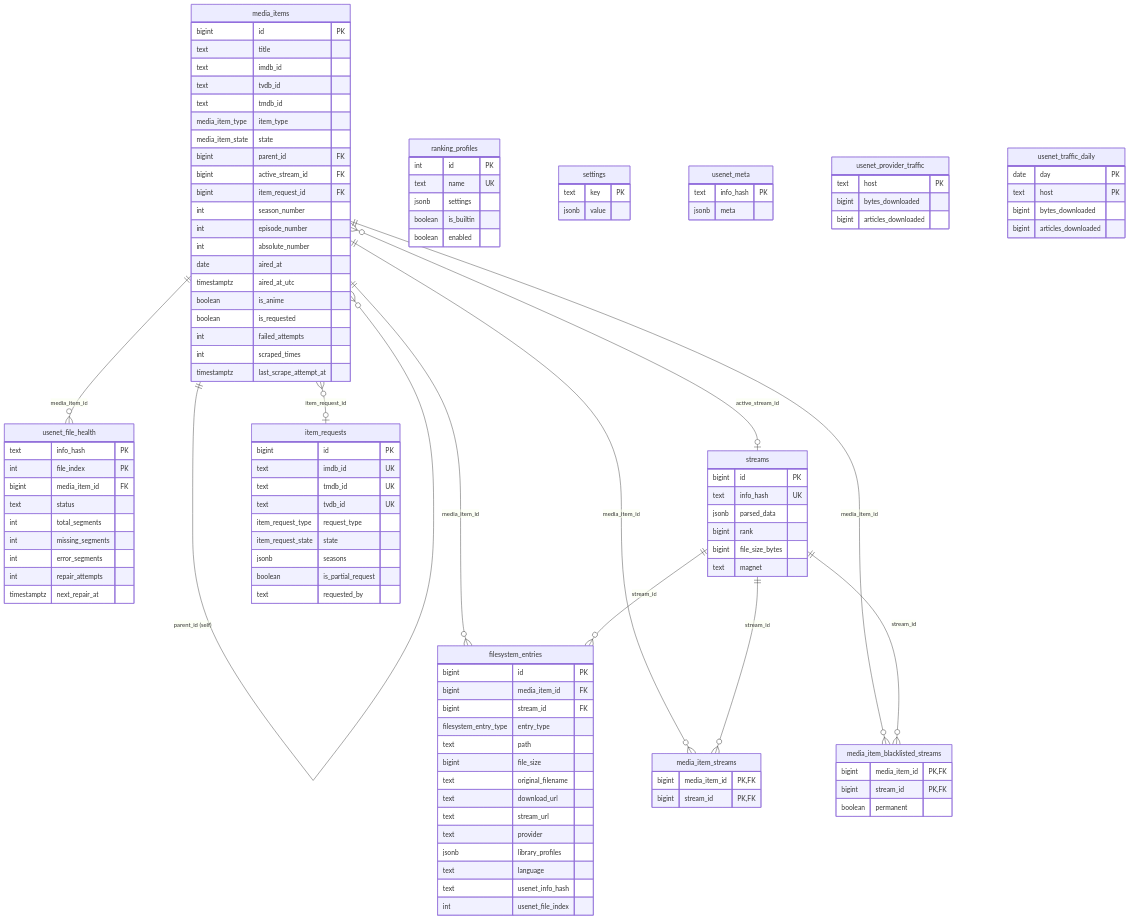
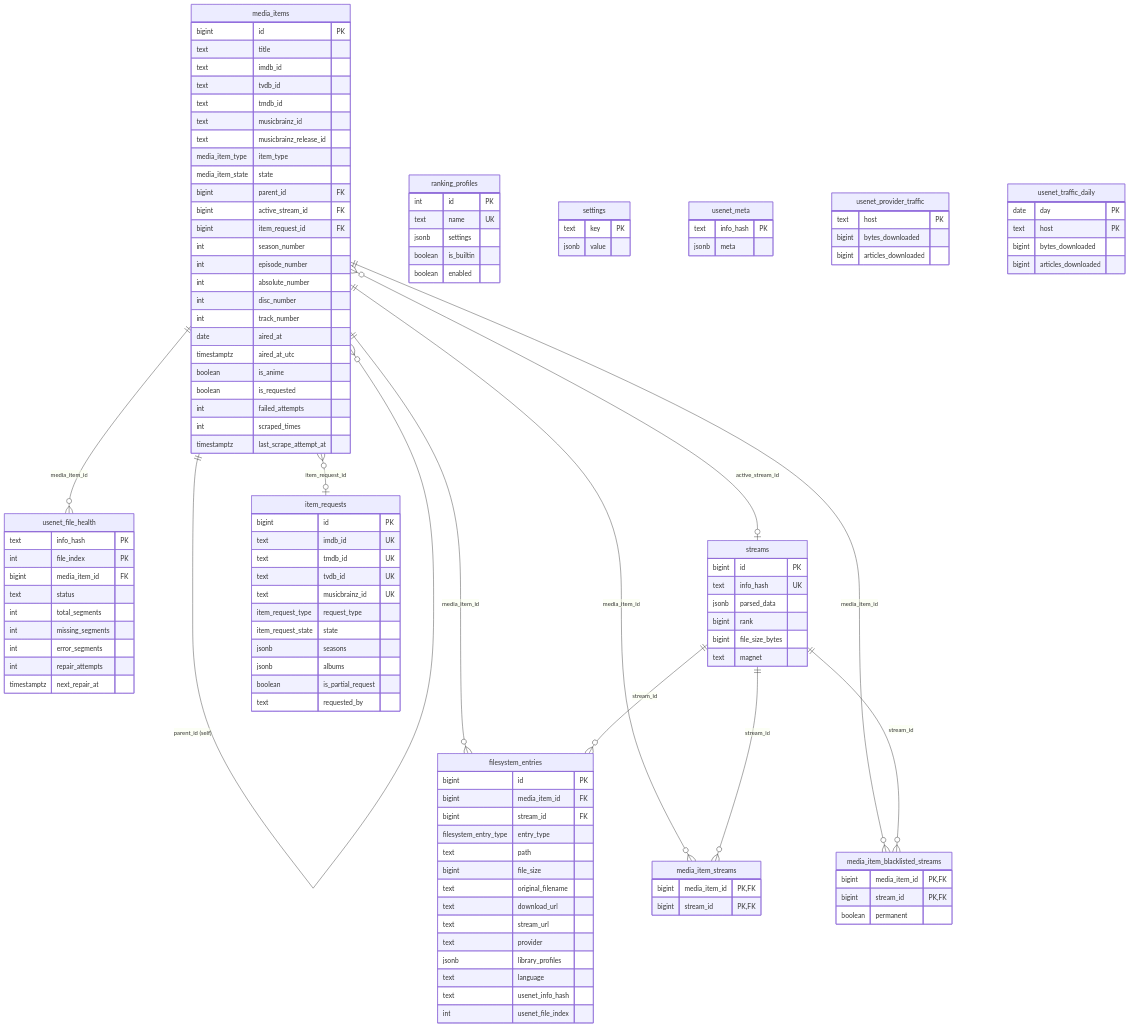
Before and after one commit to olivertgwalton/riven-rs: the diagram in docs/db-schema.md, drawn with Mermaid. The commit also changed other lines of this file and 43 other files, not shown here.

```diff
--- a/docs/db-schema.md
+++ b/docs/db-schema.md
@@ -22,6 +22,8 @@
         text imdb_id
         text tvdb_id
         text tmdb_id
+        text musicbrainz_id
+        text musicbrainz_release_id
         media_item_type item_type
         media_item_state state
         bigint parent_id FK
@@ -30,6 +32,8 @@
         int season_number
         int episode_number
         int absolute_number
+        int disc_number
+        int track_number
         date aired_at
         timestamptz aired_at_utc
         boolean is_anime
@@ -81,9 +85,11 @@
         text imdb_id UK
         text tmdb_id UK
         text tvdb_id UK
+        text musicbrainz_id UK
         item_request_type request_type
         item_request_state state
         jsonb seasons
+        jsonb albums
         boolean is_partial_request
         text requested_by
     }
```
